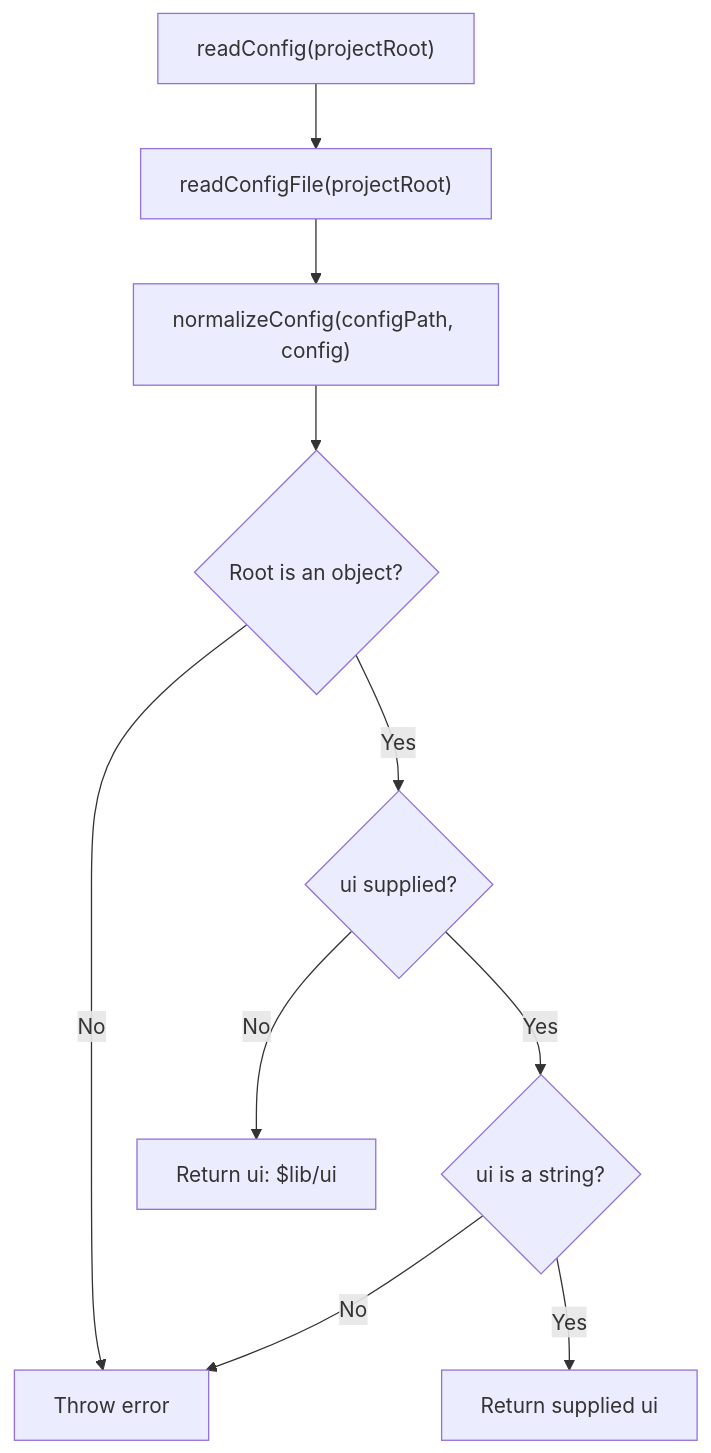
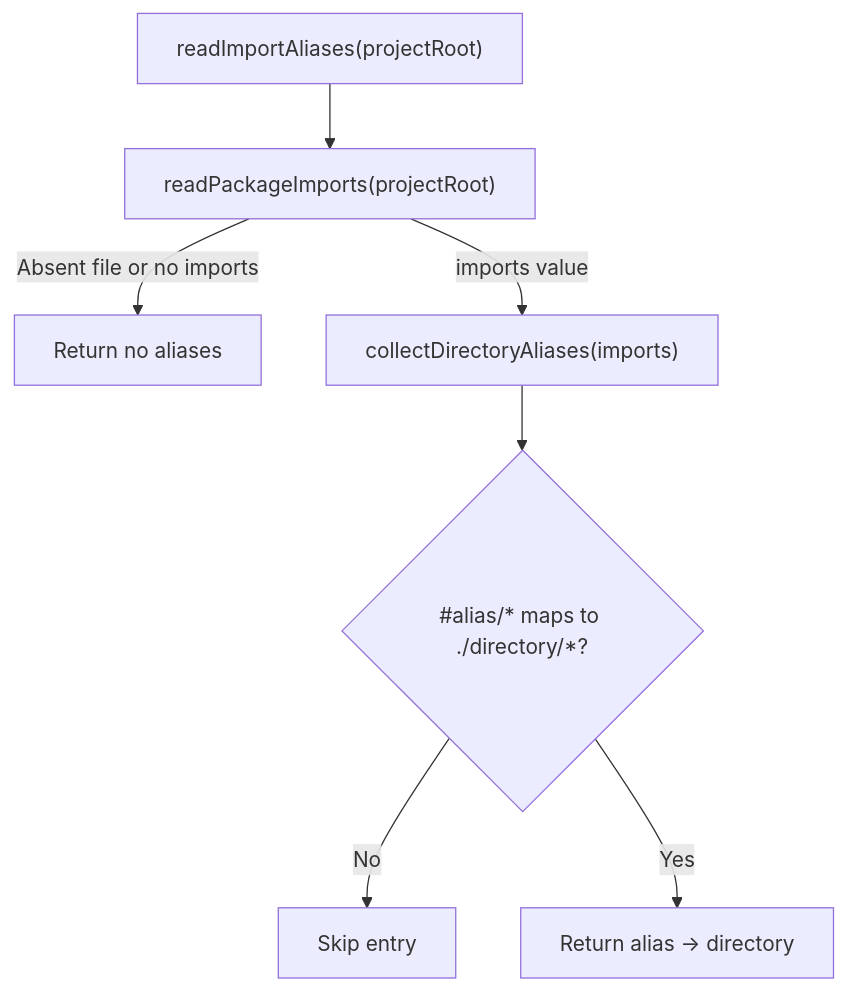
The first of 2 diagrams in core/cli/config/README.md (feuersteiner/bref-ui), drawn with Mermaid before and after one commit. The commit also changed other lines of this file and 19 other files, not shown here.

Commit message:
feat✨: replace bref.config.json with #bref package imports

````diff
--- a/core/cli/config/README.md
+++ b/core/cli/config/README.md
@@ -10,12 +15,9 @@
 ```mermaid
 flowchart TD
-    read["readConfig(projectRoot)"] --> json["readConfigFile(projectRoot)"]
-    json --> normalize["normalizeConfig(configPath, config)"]
-    normalize --> object{"Root is an object?"}
-    object -->|No| error["Throw error"]
-    object -->|Yes| supplied{"ui supplied?"}
-    supplied -->|No| default["Return ui: $lib/ui"]
-    supplied -->|Yes| string{"ui is a string?"}
-    string -->|No| error
-    string -->|Yes| result["Return supplied ui"]
+    read["readImportAliases(projectRoot)"] --> manifest["readPackageImports(projectRoot)"]
+    manifest -->|Absent file or no imports| empty["Return no aliases"]
+    manifest -->|imports value| collect["collectDirectoryAliases(imports)"]
+    collect --> shape{"#alias/* maps to ./directory/*?"}
+    shape -->|No| skip["Skip entry"]
+    shape -->|Yes| result["Return alias → directory"]
 ```
````
